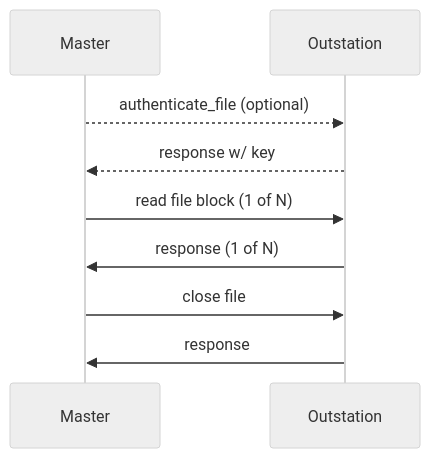
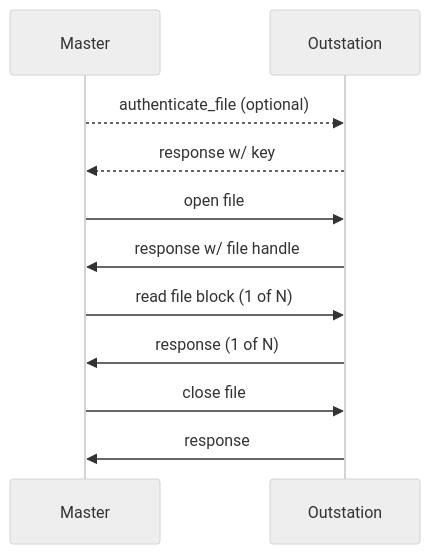
Before and after one commit to stepfunc/dnp3: the diagram in guide/docs/api/master/file_transfer.mdx, drawn with Mermaid (neutral theme). The commit also changed other lines of this file and 35 other files, not shown here.

First line of the commit message:
Correct inaccurate statements in the guide, rustdoc, and schema docs

````diff
--- a/guide/docs/api/master/file_transfer.mdx
+++ b/guide/docs/api/master/file_transfer.mdx
@@ -78,9 +78,11 @@
 ```mermaid
 sequenceDiagram
     Master-->>Outstation: authenticate_file (optional);
     Outstation-->>Master: response w/ key;
+    Master->>Outstation: open file;
+    Outstation->>Master: response w/ file handle;
     Master->>Outstation: read file block (1 of N);
     Outstation->>Master: response (1 of N);
     Master->>Outstation: close file;
     Outstation->>Master: response;
 ```
````
